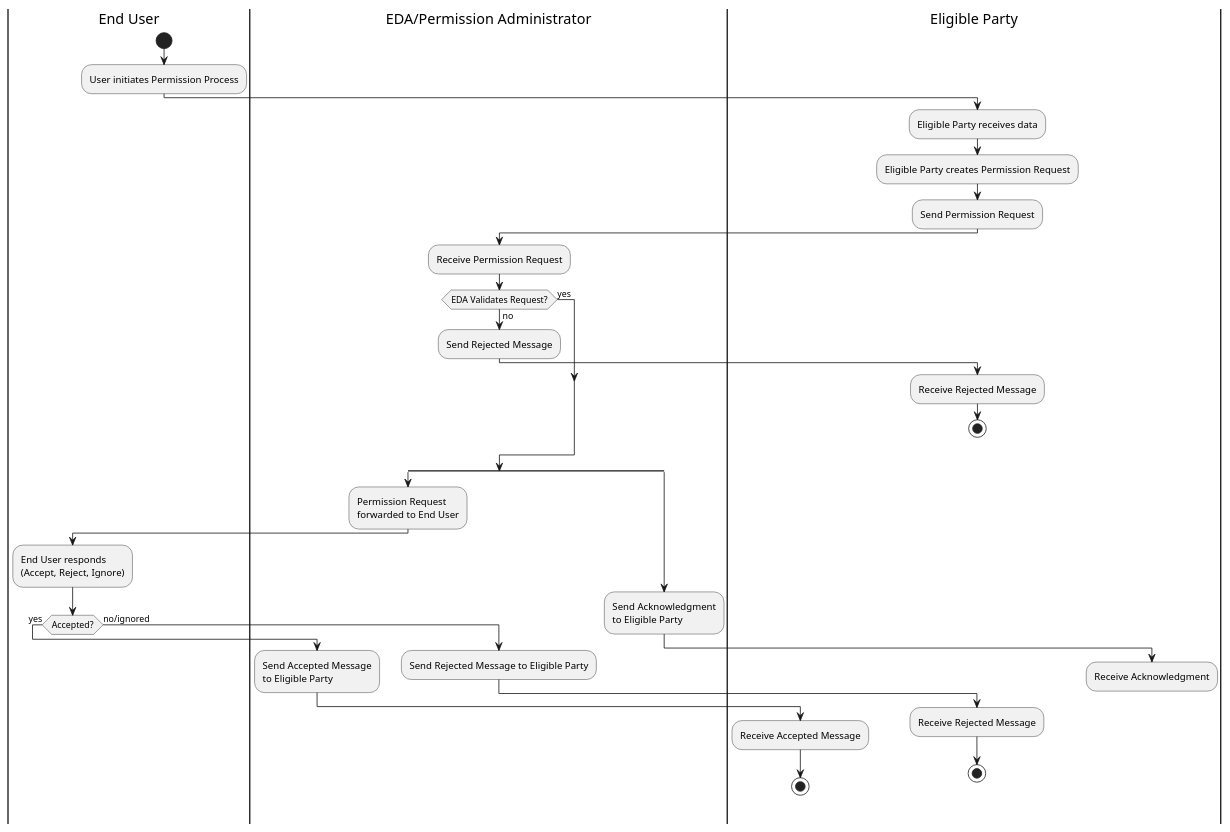
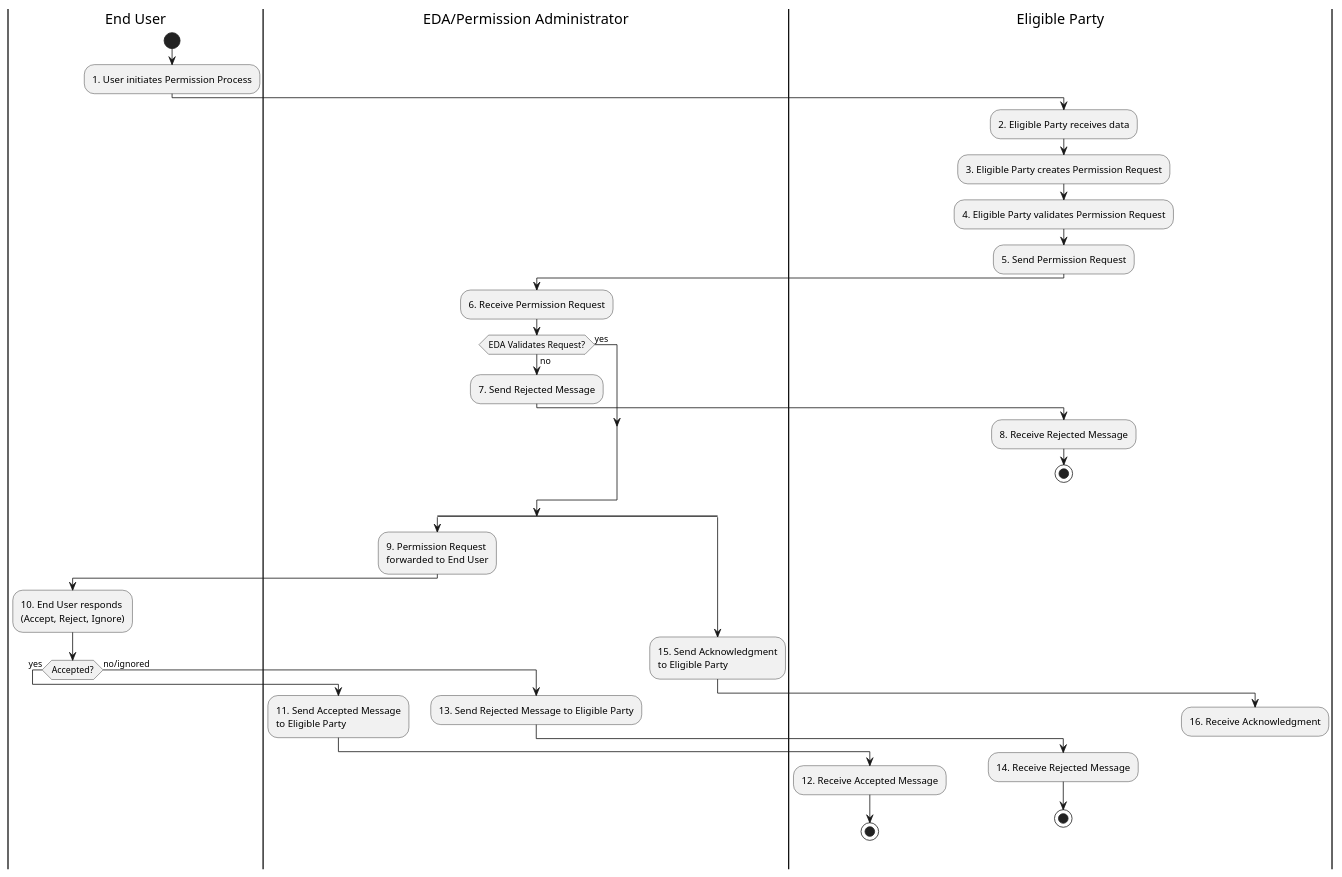
The diagram in src/assets/eda/cm-process.puml (fweingartshofer/mc-sw-paper), drawn with PlantUML before and after one commit. The commit also changed 2 other files, not shown here.

```diff
--- a/src/assets/eda/cm-process.puml
+++ b/src/assets/eda/cm-process.puml
@@ -1,44 +1,45 @@
 @startuml
 |End User|
 start
-:User initiates Permission Process;
+:1. User initiates Permission Process;
 |EDA/Permission Administrator|
 |Eligible Party|
-:Eligible Party receives data;
-:Eligible Party creates Permission Request;
-:Send Permission Request;
+:2. Eligible Party receives data;
+:3. Eligible Party creates Permission Request;
+:4. Eligible Party validates Permission Request;
+:5. Send Permission Request;
 |EDA/Permission Administrator|
-:Receive Permission Request;
+:6. Receive Permission Request;
 if (EDA Validates Request?) then (yes)
 else (no)
-  :Send Rejected Message;
+  :7. Send Rejected Message;
   |Eligible Party|
-  :Receive Rejected Message;
+  :8. Receive Rejected Message;
   stop
 endif
 split
   |EDA/Permission Administrator|
-  :Permission Request\nforwarded to End User;
+  :9. Permission Request\nforwarded to End User;
   |End User|
-  :End User responds\n(Accept, Reject, Ignore);
+  :10. End User responds\n(Accept, Reject, Ignore);
   if (Accepted?) then (yes)
     |EDA/Permission Administrator|
-    :Send Accepted Message\nto Eligible Party;
+    :11. Send Accepted Message\nto Eligible Party;
     |Eligible Party|
-    :Receive Accepted Message;
+    :12. Receive Accepted Message;
     stop
   else (no/ignored)
     |EDA/Permission Administrator|
-    :Send Rejected Message to Eligible Party;
+    :13. Send Rejected Message to Eligible Party;
     |Eligible Party|
-    :Receive Rejected Message;
+    :14. Receive Rejected Message;
     stop
   endif
 split again
   |EDA/Permission Administrator|
-  :Send Acknowledgment\nto Eligible Party;
+  :15. Send Acknowledgment\nto Eligible Party;
   |Eligible Party|
-  :Receive Acknowledgment;
+  :16. Receive Acknowledgment;
   detach
 end split
 @enduml
```
